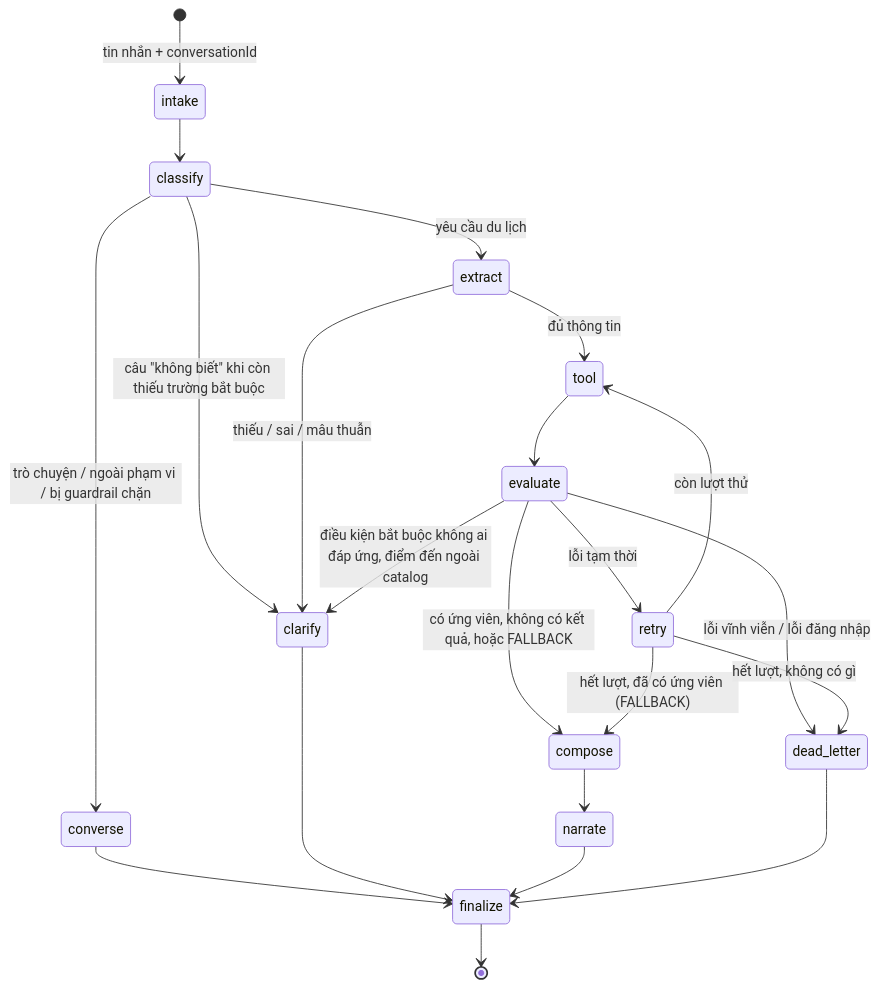
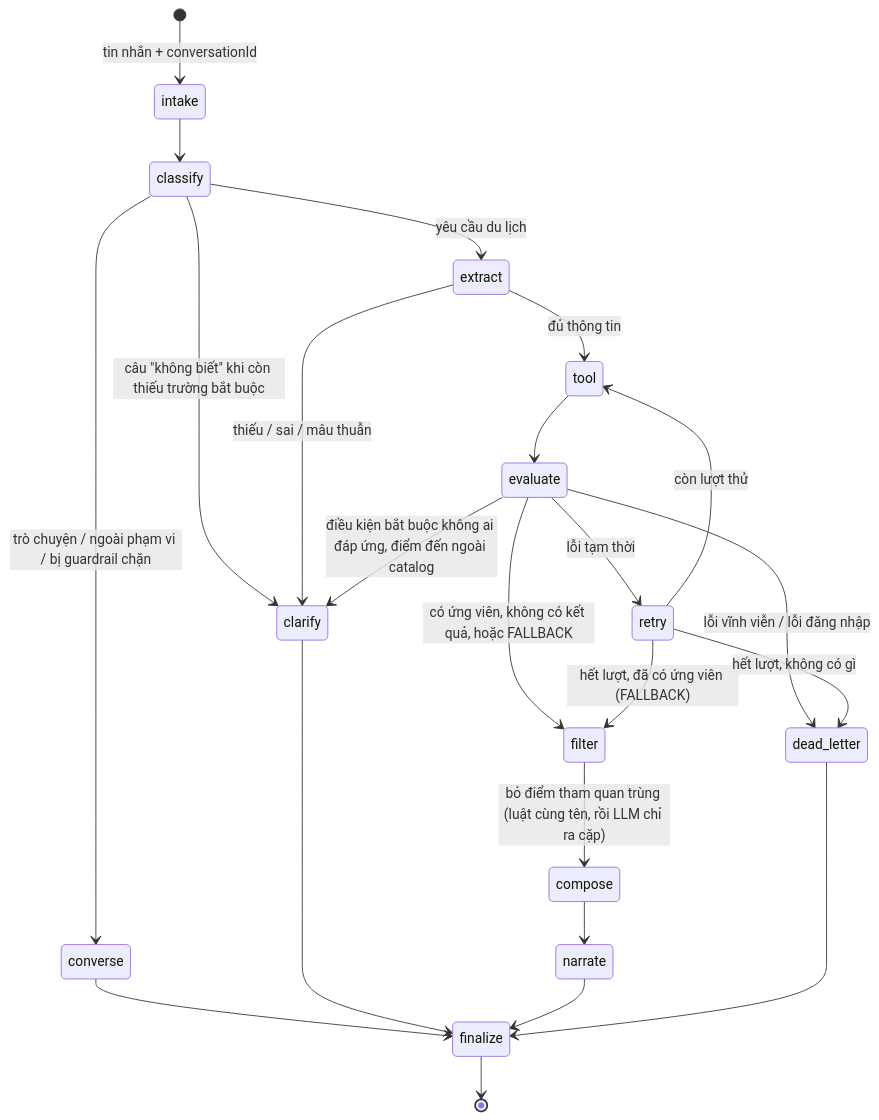
One commit to NguyenNhat4/Travel-Recommend-System changed the diagram in docs/spec/agent/nghiep-vu/vong-doi-mot-luot.md. Above: the diagram before and after it, drawn with Mermaid. The commit also changed other lines of this file and 37 other files, not shown here.

First line of the commit message:
feat(agent): node filter bỏ điểm tham quan trùng (luật cùng tên + LLM chỉ ra cặp) trước compose (AC-AGT-04)

````diff
--- a/docs/spec/agent/nghiep-vu/vong-doi-mot-luot.md
+++ b/docs/spec/agent/nghiep-vu/vong-doi-mot-luot.md
@@ -12,24 +12,25 @@
 ```mermaid
 stateDiagram-v2
     [*] --> intake: tin nhắn + conversationId
     intake --> classify
     classify --> converse: trò chuyện / ngoài phạm vi / bị guardrail chặn
     classify --> clarify: câu "không biết" khi còn thiếu trường bắt buộc
     classify --> extract: yêu cầu du lịch
     extract --> clarify: thiếu / sai / mâu thuẫn
     extract --> tool: đủ thông tin
     tool --> evaluate
-    evaluate --> compose: có ứng viên, không có kết quả, hoặc FALLBACK
+    evaluate --> filter: có ứng viên, không có kết quả, hoặc FALLBACK
     evaluate --> clarify: điều kiện bắt buộc không ai đáp ứng, điểm đến ngoài catalog
     evaluate --> retry: lỗi tạm thời
     evaluate --> dead_letter: lỗi vĩnh viễn / lỗi đăng nhập
     retry --> tool: còn lượt thử
-    retry --> compose: hết lượt, đã có ứng viên (FALLBACK)
+    retry --> filter: hết lượt, đã có ứng viên (FALLBACK)
     retry --> dead_letter: hết lượt, không có gì
+    filter --> compose: bỏ điểm tham quan trùng (luật cùng tên, rồi LLM chỉ ra cặp)
     compose --> narrate
     converse --> finalize
     clarify --> finalize
     narrate --> finalize
     dead_letter --> finalize
     finalize --> [*]
 ```
````
